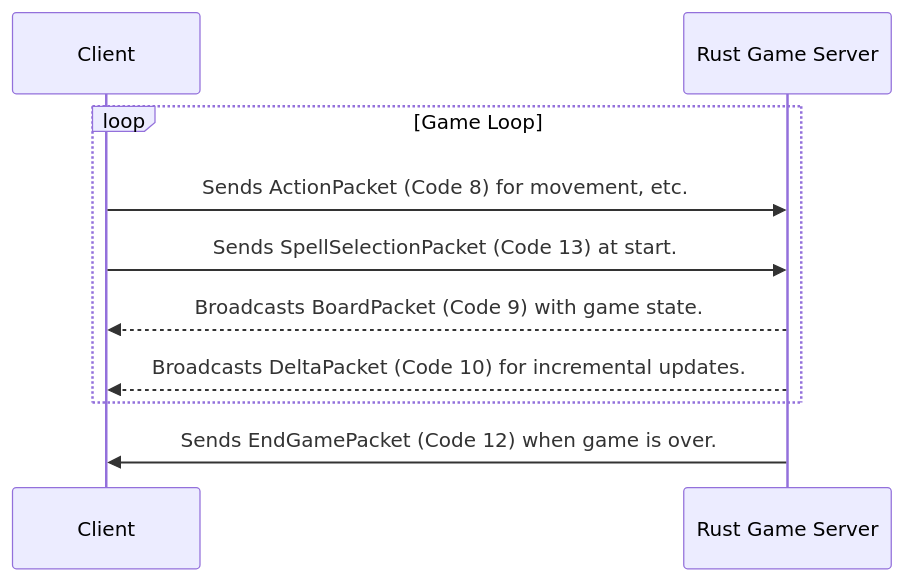
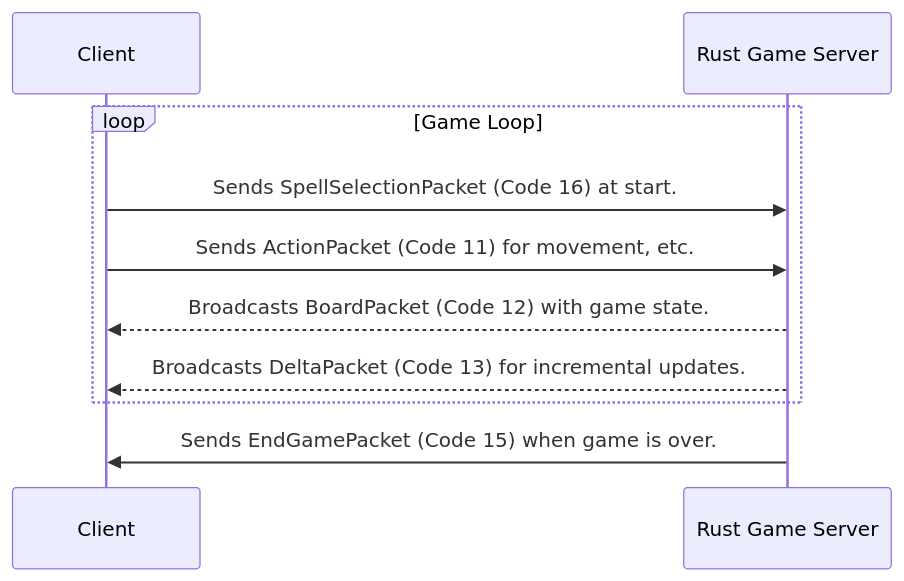
One commit to GrGLeo/TermArena changed the third of 3 diagrams in documentation/detailed/networking.md. Above: the diagram before and after it, drawn with Mermaid. The commit also changed other lines of this file and 23 other files, not shown here.

````diff
--- a/documentation/detailed/networking.md
+++ b/documentation/detailed/networking.md
@@ -149,13 +224,13 @@
 ```mermaid
 sequenceDiagram
     participant Client
     participant Rust Game Server
 
     loop Game Loop
-        Client->>Rust Game Server: Sends ActionPacket (Code 8) for movement, etc.
-        Client->>Rust Game Server: Sends SpellSelectionPacket (Code 13) at start.
-        Rust Game Server-->>Client: Broadcasts BoardPacket (Code 9) with game state.
-        Rust Game Server-->>Client: Broadcasts DeltaPacket (Code 10) for incremental updates.
+        Client->>Rust Game Server: Sends SpellSelectionPacket (Code 16) at start.
+        Client->>Rust Game Server: Sends ActionPacket (Code 11) for movement, etc.
+        Rust Game Server-->>Client: Broadcasts BoardPacket (Code 12) with game state.
+        Rust Game Server-->>Client: Broadcasts DeltaPacket (Code 13) for incremental updates.
     end
-    Rust Game Server->>Client: Sends EndGamePacket (Code 12) when game is over.
+    Rust Game Server->>Client: Sends EndGamePacket (Code 15) when game is over.
 ```
````
